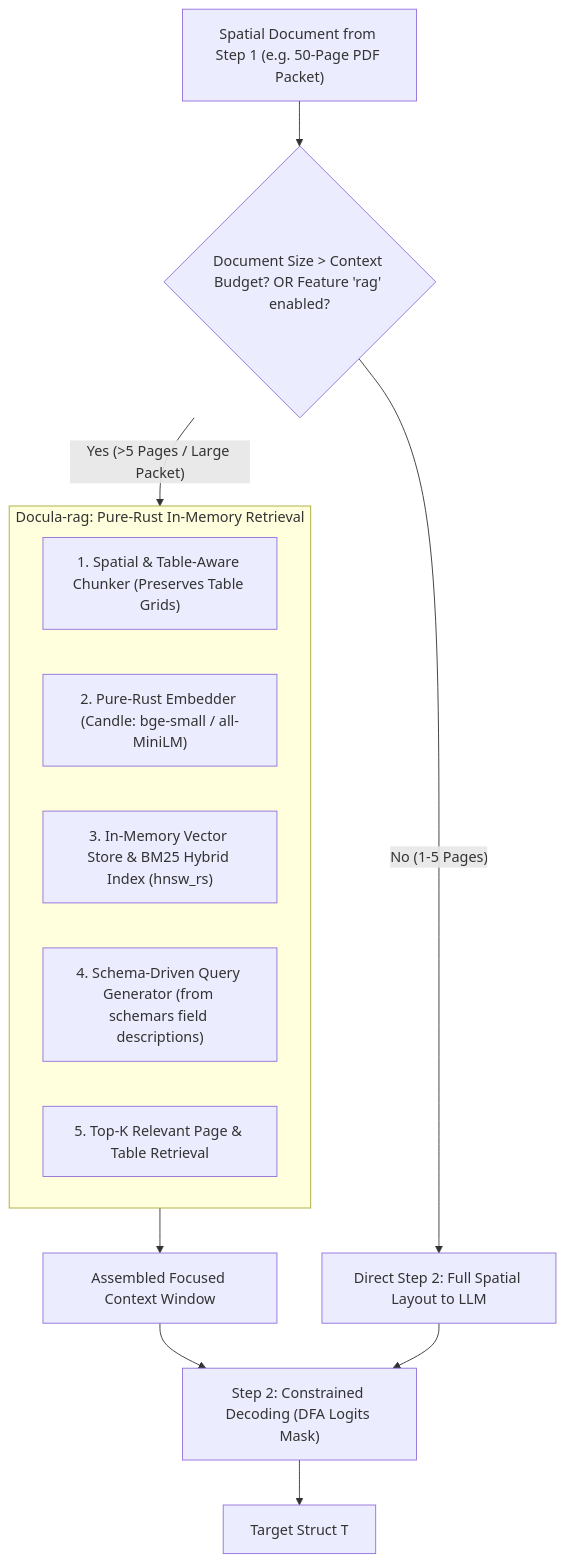
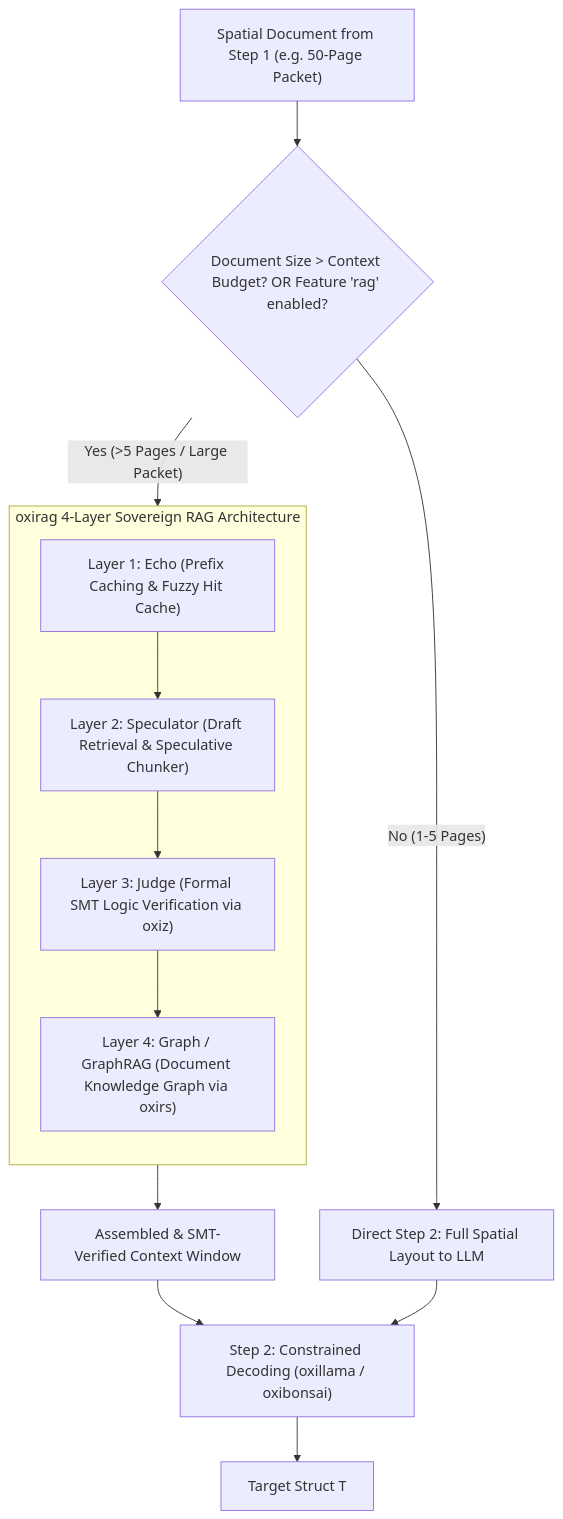
Before and after one commit to yasuomaidana/docula: the diagram in docs/11_RAG_AND_LARGE_DOCUMENT_RETRIEVAL.md, drawn with Mermaid. The commit also changed other lines of this file and 12 other files, not shown here.

````diff
--- a/docs/11_RAG_AND_LARGE_DOCUMENT_RETRIEVAL.md
+++ b/docs/11_RAG_AND_LARGE_DOCUMENT_RETRIEVAL.md
@@ -16,21 +18,22 @@
 ```mermaid
 flowchart TD
-    SpatialDoc["Spatial Document from Step 1 (e.g. 50-Page PDF Packet)"] --> ContextCheck{"Document Size > Context Budget? OR Feature 'rag' enabled?"}
+    SpatialDoc["Spatial Document from Step 1 (e.g. 50-Page Packet)"] --> ContextCheck{"Document Size > Context Budget? OR Feature 'rag' enabled?"}
     
     ContextCheck -- "No (1-5 Pages)" --> DirectStep2["Direct Step 2: Full Spatial Layout to LLM"]
+    ContextCheck -- "Yes (>5 Pages / Large Packet)" --> OxiRagEngine["oxirag: 4-Layer Pure-Rust RAG Pipeline"]
     
-    ContextCheck -- "Yes (>5 Pages / Large Packet)" --> RAGPipeline["Docula-rag: Schema-Guided Retrieval Pipeline"]
-    
-    subgraph RAGPipeline["Docula-rag: Pure-Rust In-Memory Retrieval"]
-        Chunker["1. Spatial & Table-Aware Chunker (Preserves Table Grids)"]
-        Embedder["2. Pure-Rust Embedder (Candle: bge-small / all-MiniLM)"]
-        Index["3. In-Memory Vector Store & BM25 Hybrid Index (hnsw_rs)"]
-        QueryGen["4. Schema-Driven Query Generator (from schemars field descriptions)"]
-        Retriever["5. Top-K Relevant Page & Table Retrieval"]
+    subgraph OxiRagEngine["oxirag 4-Layer Sovereign RAG Architecture"]
+        direction TB
+        L1["Layer 1: Echo (Prefix Caching & Fuzzy Hit Cache)"]
+        L2["Layer 2: Speculator (Draft Retrieval & Speculative Chunker)"]
+        L3["Layer 3: Judge (Formal SMT Logic Verification via oxiz)"]
+        L4["Layer 4: Graph / GraphRAG (Document Knowledge Graph via oxirs)"]
+        
+        L1 --> L2 --> L3 --> L4
     end
     
-    RAGPipeline --> AssembledContext["Assembled Focused Context Window"]
-    AssembledContext --> Step2LLM["Step 2: Constrained Decoding (DFA Logits Mask)"]
+    OxiRagEngine --> AssembledContext["Assembled & SMT-Verified Context Window"]
+    AssembledContext --> Step2LLM["Step 2: Constrained Decoding (oxillama / oxibonsai)"]
     DirectStep2 --> Step2LLM
     Step2LLM --> FinalStruct["Target Struct T"]
 ```
````
